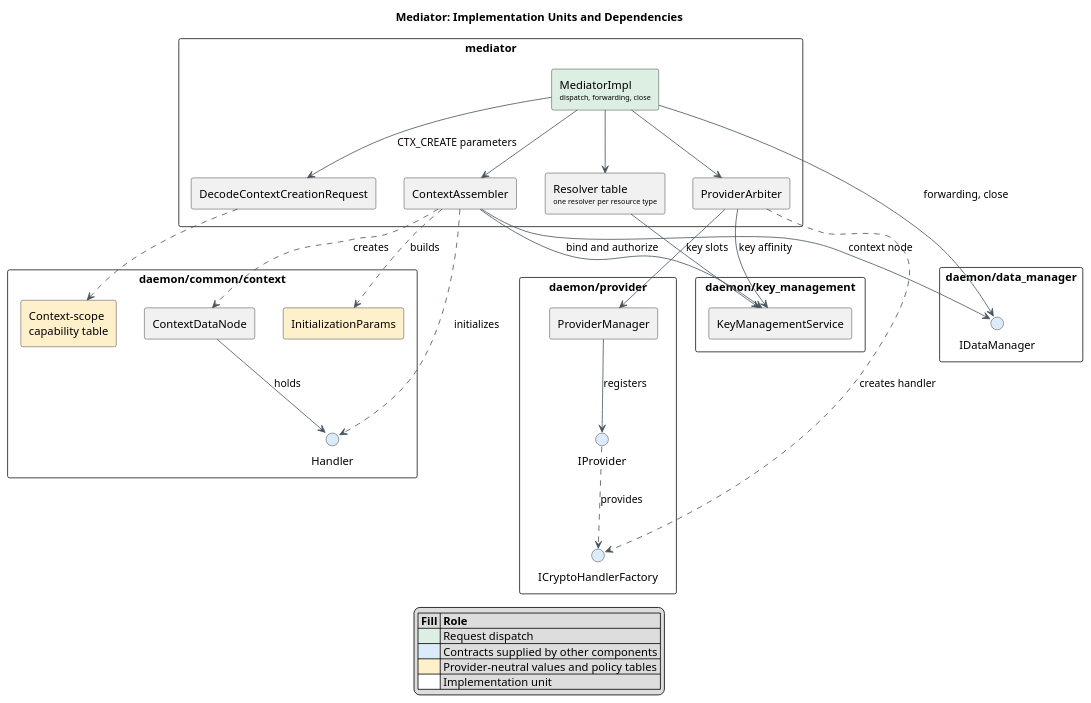
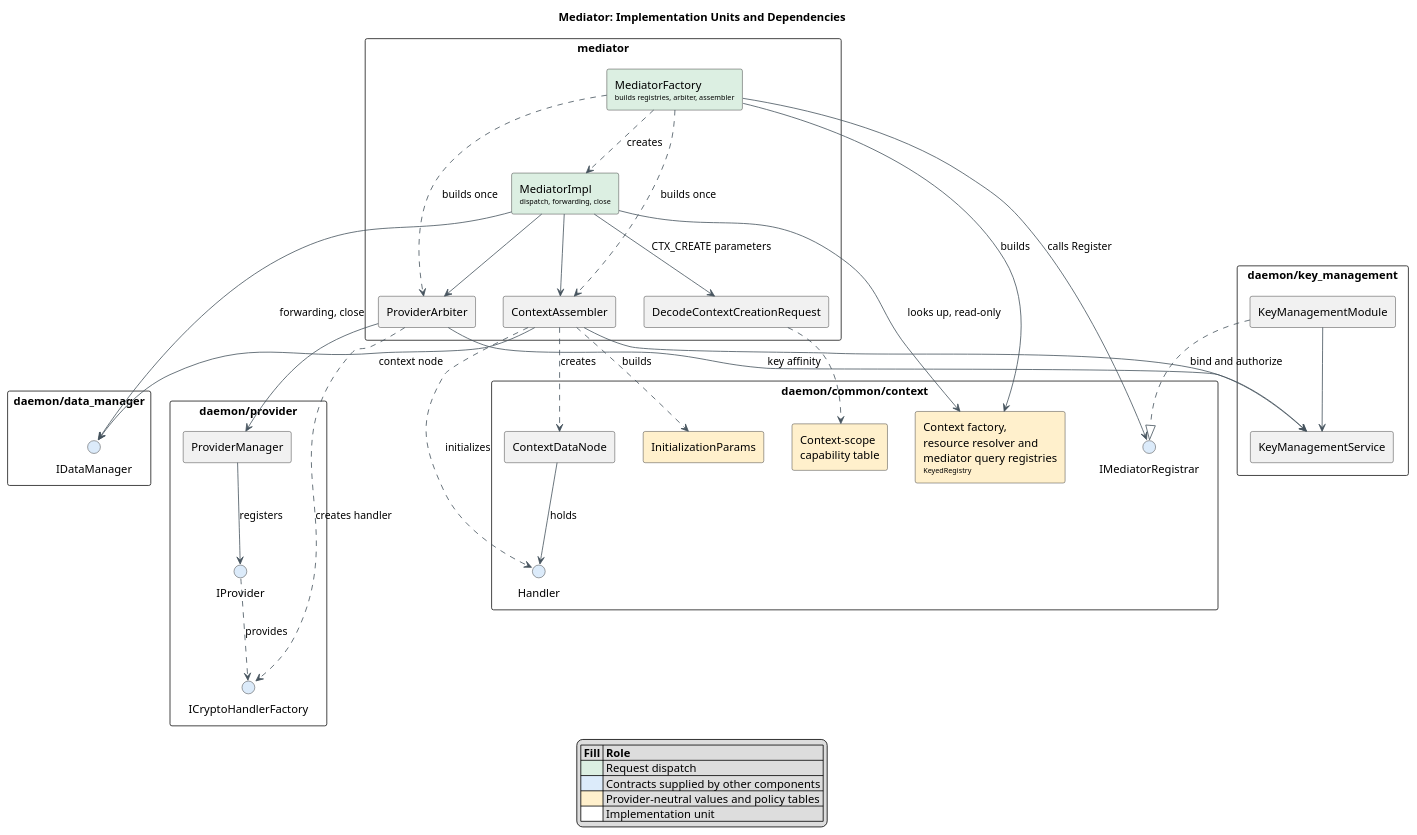
One commit to eclipse-score/inc_security_crypto changed the diagram in score/crypto/src/daemon/mediator/docs/architecture/mediator_composition.puml. Above: the diagram before and after it, drawn with PlantUML. The commit also changed 40 other files, not shown here.

Commit message:
Integrate mediator registry and factory

```diff
--- a/score/crypto/src/daemon/mediator/docs/architecture/mediator_composition.puml
+++ b/score/crypto/src/daemon/mediator/docs/architecture/mediator_composition.puml
@@ -14,71 +14,80 @@
 @startuml mediator_composition
 title Mediator: Implementation Units and Dependencies
 top to bottom direction
 skinparam shadowing false
 skinparam defaultFontName Arial
 skinparam componentStyle rectangle
 skinparam packageStyle rectangle
 skinparam ArrowColor #46535E
 
 package "mediator" {
   [MediatorImpl\n<size:9>dispatch, forwarding, close</size>] as Mediator #DCEFE2
   [DecodeContextCreationRequest] as Decoder
   [ProviderArbiter] as Arbiter
   [ContextAssembler] as Assembler
-  [Resolver table\n<size:9>one resolver per resource type</size>] as Resolvers
+  [MediatorFactory\n<size:9>builds registries, arbiter, assembler</size>] as Factory #DCEFE2
 }
 
 package "daemon/common/context" {
+  [Context factory,\nresource resolver and\nmediator query registries\n<size:9>KeyedRegistry</size>] as Registries #FFF0CC
+  interface IMediatorRegistrar #DCEBFA
   [Context-scope\ncapability table] as Selection #FFF0CC
   [ContextDataNode] as ContextNode
   interface Handler #DCEBFA
   [InitializationParams] as InitParams #FFF0CC
 }
 
 package "daemon/key_management" {
   [KeyManagementService] as KeyMgmt
+  [KeyManagementModule] as KeyModule
 }
 
 package "daemon/provider" {
   [ProviderManager] as Providers
   interface IProvider #DCEBFA
   interface ICryptoHandlerFactory #DCEBFA
 }
 
 package "daemon/data_manager" {
   interface IDataManager #DCEBFA
 }
 
 Mediator --> Decoder : CTX_CREATE parameters
 Mediator --> Arbiter
 Mediator --> Assembler
 Mediator --> IDataManager : forwarding, close
-Mediator --> Resolvers
+Mediator --> Registries : looks up, read-only
+
+Factory ..> Mediator : creates
+Factory --> Registries : builds
+Factory --> IMediatorRegistrar : calls Register
+Factory ..> Arbiter : builds once
+Factory ..> Assembler : builds once
+KeyModule ..|> IMediatorRegistrar
+KeyModule --> KeyMgmt
 
 Decoder ..> Selection
 
 Arbiter --> Providers
 Arbiter --> KeyMgmt : key affinity
 Arbiter ..> ICryptoHandlerFactory : creates handler
 Providers --> IProvider : registers
 IProvider ..> ICryptoHandlerFactory : provides
 
 Assembler --> IDataManager : context node
 Assembler --> KeyMgmt : bind and authorize
 Assembler ..> ContextNode : creates
 Assembler ..> Handler : initializes
 Assembler ..> InitParams : builds
 
 ContextNode --> Handler : holds
 
-Resolvers --> KeyMgmt : key slots
-
 legend bottom
   |= Fill |= Role |
   |<#DCEFE2> | Request dispatch |
   |<#DCEBFA> | Contracts supplied by other components |
   |<#FFF0CC> | Provider-neutral values and policy tables |
   |<#FFFFFF> | Implementation unit |
 endlegend
 
 @enduml
```
